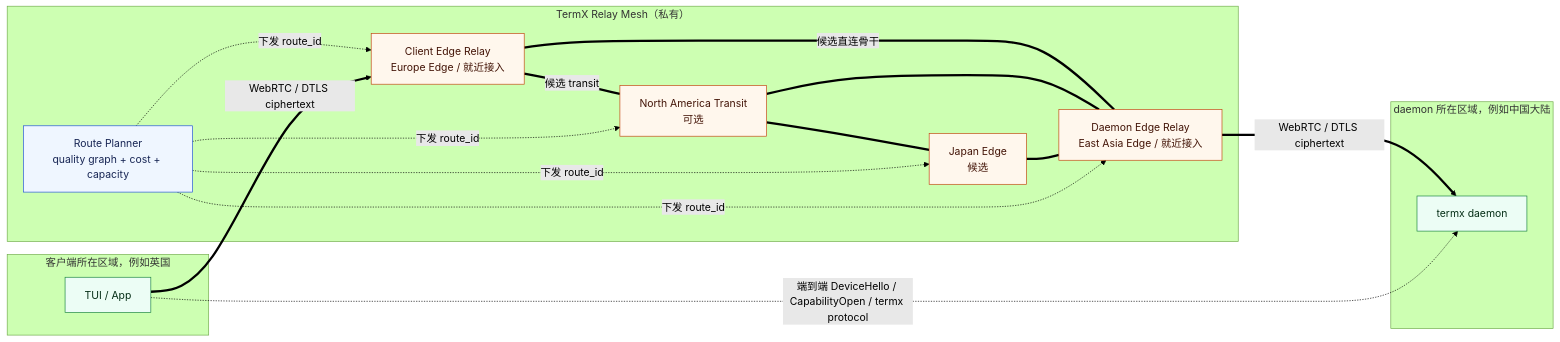
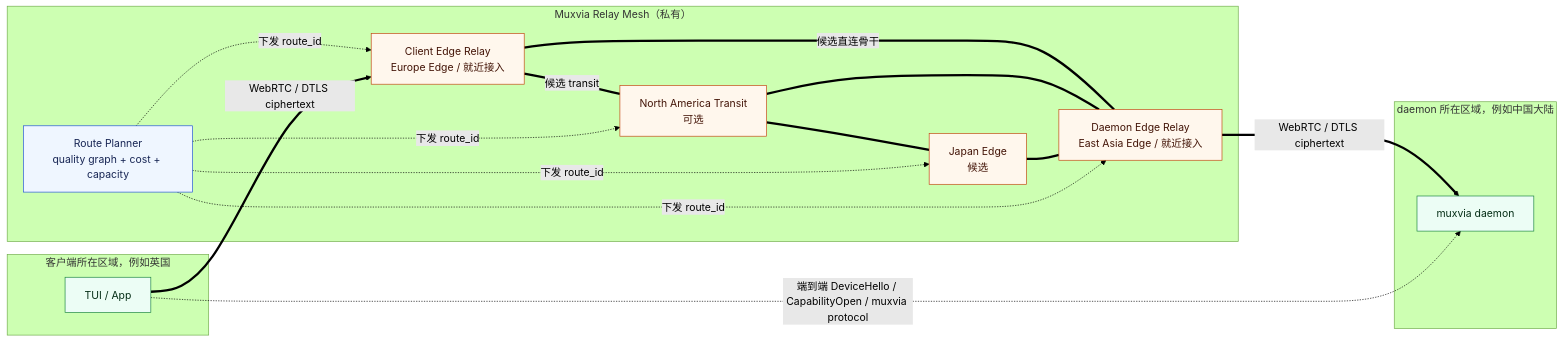
One commit to lozzo/termx changed the diagram in docs/remote-platform/global-acceleration-spec.md. Above: the diagram before and after it, drawn with Mermaid (forest theme). The commit also changed other lines of this file and 208 other files, not shown here.

````diff
--- a/docs/remote-platform/global-acceleration-spec.md
+++ b/docs/remote-platform/global-acceleration-spec.md
@@ -96,41 +96,41 @@
 ```mermaid
 flowchart LR
     subgraph ClientRegion["客户端所在区域，例如英国"]
         C["TUI / App"]
     end
 
-    subgraph ManagedBackbone["TermX Relay Mesh（私有）"]
+    subgraph ManagedBackbone["Muxvia Relay Mesh（私有）"]
         UK["Client Edge Relay<br/>Europe Edge / 就近接入"]
         US["North America Transit<br/>可选"]
         HK["Daemon Edge Relay<br/>East Asia Edge / 就近接入"]
         JP["Japan Edge<br/>候选"]
         RC["Route Planner<br/>quality graph + cost + capacity"]
 
         UK ===|"候选直连骨干"| HK
         UK ===|"候选 transit"| US
         US === HK
         US === JP
         JP === HK
 
         RC -.->|"下发 route_id"| UK
         RC -.->|"下发 route_id"| US
         RC -.->|"下发 route_id"| HK
         RC -.->|"下发 route_id"| JP
     end
 
     subgraph DaemonRegion["daemon 所在区域，例如中国大陆"]
-        D["termx daemon"]
+        D["muxvia daemon"]
     end
 
     C ==>|"WebRTC / DTLS ciphertext"| UK
     HK ==>|"WebRTC / DTLS ciphertext"| D
 
-    C -.->|"端到端 DeviceHello / CapabilityOpen / termx protocol"| D
+    C -.->|"端到端 DeviceHello / CapabilityOpen / muxvia protocol"| D
 
     classDef endpointNode fill:#ecfdf5,stroke:#15803d,color:#052e16;
     classDef relayNode fill:#fff7ed,stroke:#c2410c,color:#431407;
     classDef controlNode fill:#eff6ff,stroke:#1d4ed8,color:#172554;
     class C,D endpointNode;
     class UK,US,HK,JP relayNode;
     class RC controlNode;
 ```
````
